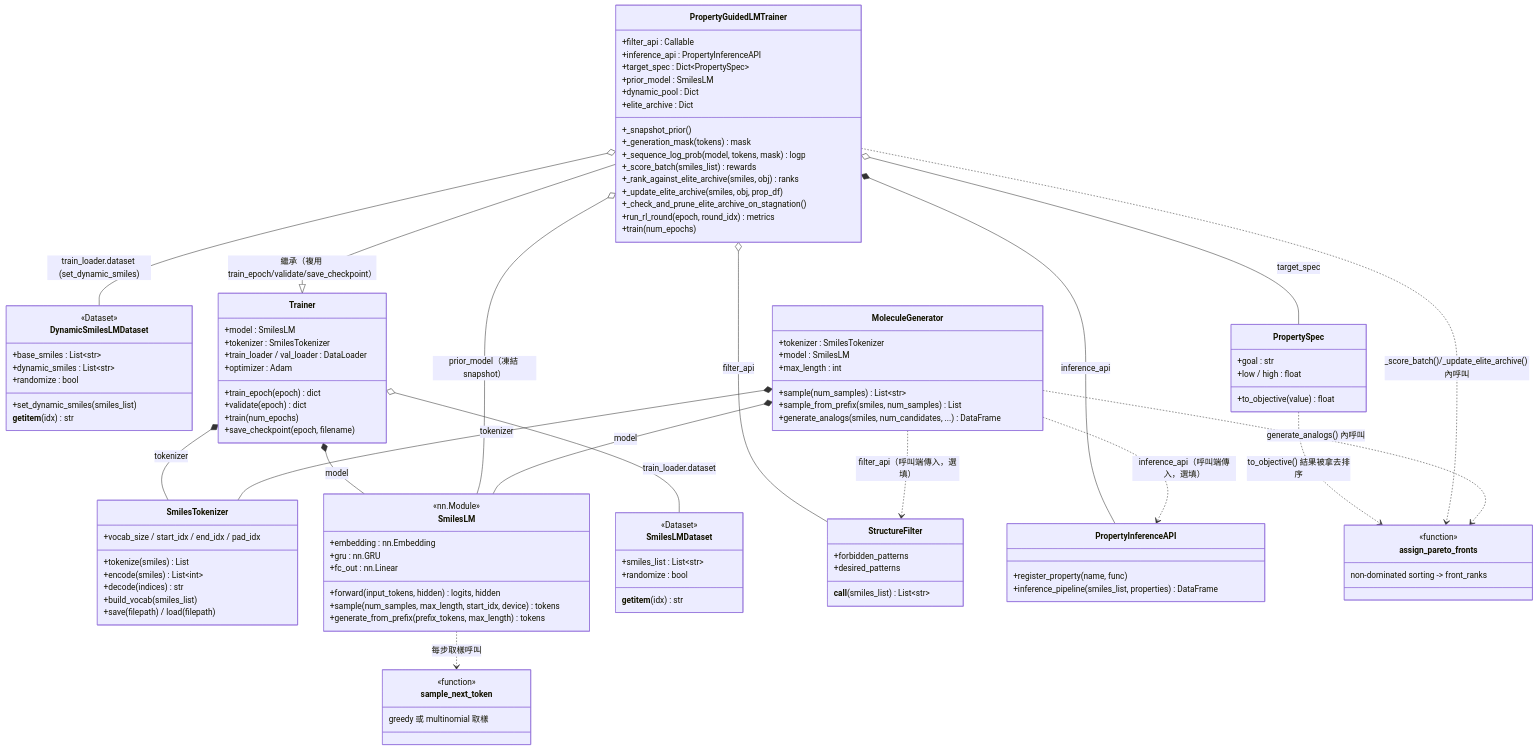
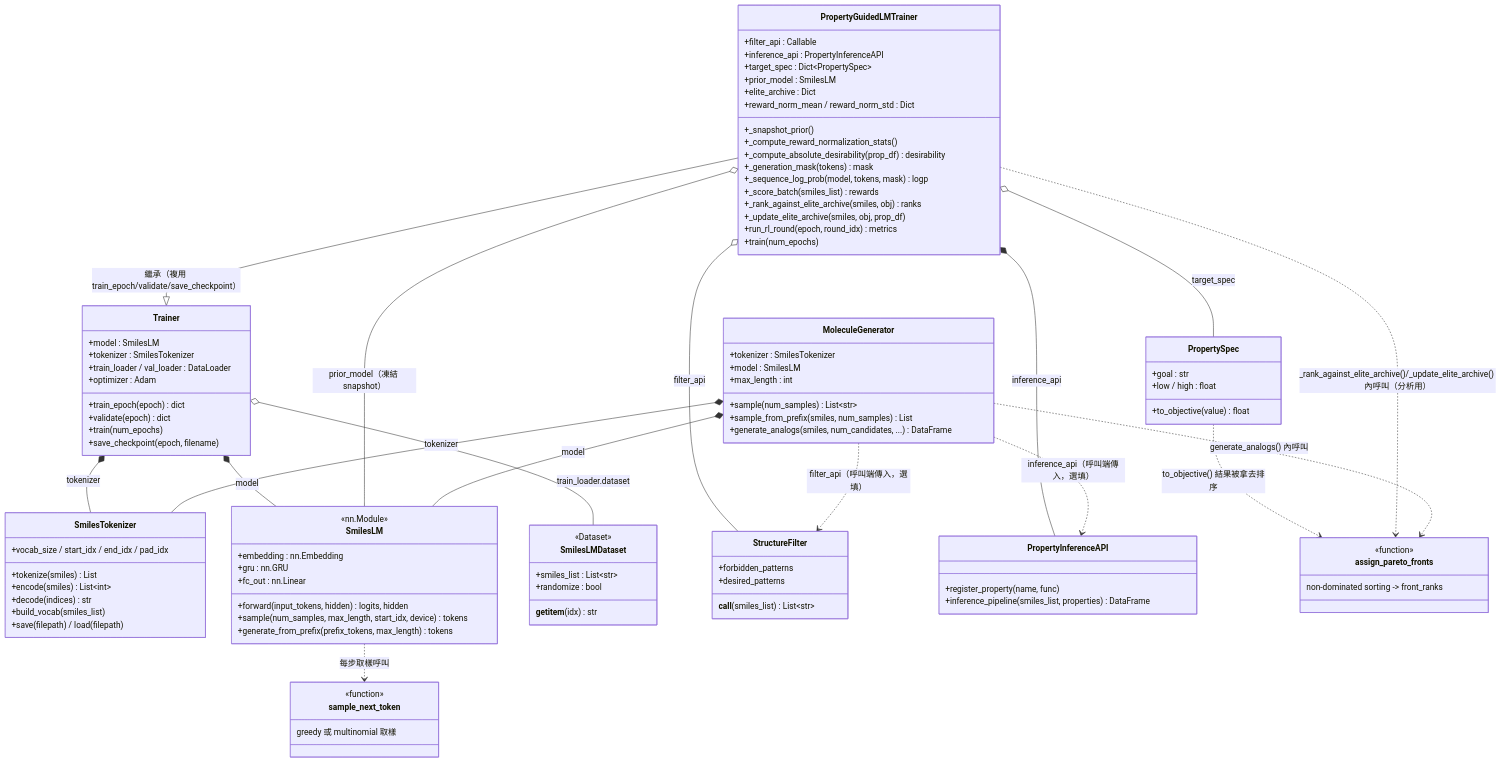
The second of 2 diagrams in reinvent_lm/README.md (Lung-Yi/gruvae), drawn with Mermaid before and after one commit. The commit also changed other lines of this file and 5 other files, not shown here.

```diff
--- a/reinvent_lm/README.md
+++ b/reinvent_lm/README.md
@@ -222,15 +219,6 @@
         <<Dataset>>
         +smiles_list : List~str~
         +randomize : bool
-        __getitem__(idx) str
-    }
-
-    class DynamicSmilesLMDataset {
-        <<Dataset>>
-        +base_smiles : List~str~
-        +dynamic_smiles : List~str~
-        +randomize : bool
-        +set_dynamic_smiles(smiles_list)
         __getitem__(idx) str
     }
 
@@ -276,15 +264,16 @@
         +inference_api : PropertyInferenceAPI
         +target_spec : Dict~PropertySpec~
         +prior_model : SmilesLM
-        +dynamic_pool : Dict
         +elite_archive : Dict
+        +reward_norm_mean / reward_norm_std : Dict
         +_snapshot_prior()
+        +_compute_reward_normalization_stats()
+        +_compute_absolute_desirability(prop_df) desirability
         +_generation_mask(tokens) mask
         +_sequence_log_prob(model, tokens, mask) logp
         +_score_batch(smiles_list) rewards
         +_rank_against_elite_archive(smiles, obj) ranks
         +_update_elite_archive(smiles, obj, prop_df)
-        +_check_and_prune_elite_archive_on_stagnation()
         +run_rl_round(epoch, round_idx) metrics
         +train(num_epochs)
     }
@@ -292,9 +281,8 @@
     PropertyGuidedLMTrainer o-- StructureFilter : filter_api
     PropertyGuidedLMTrainer *-- PropertyInferenceAPI : inference_api
     PropertyGuidedLMTrainer o-- PropertySpec : target_spec
-    PropertyGuidedLMTrainer ..> assign_pareto_fronts : _score_batch()/_update_elite_archive() 內呼叫
+    PropertyGuidedLMTrainer ..> assign_pareto_fronts : _rank_against_elite_archive()/_update_elite_archive() 內呼叫（分析用）
     PropertyGuidedLMTrainer o-- SmilesLM : prior_model（凍結 snapshot）
-    PropertyGuidedLMTrainer o-- DynamicSmilesLMDataset : train_loader.dataset (set_dynamic_smiles)
 
     class MoleculeGenerator {
         +tokenizer : SmilesTokenizer
```
